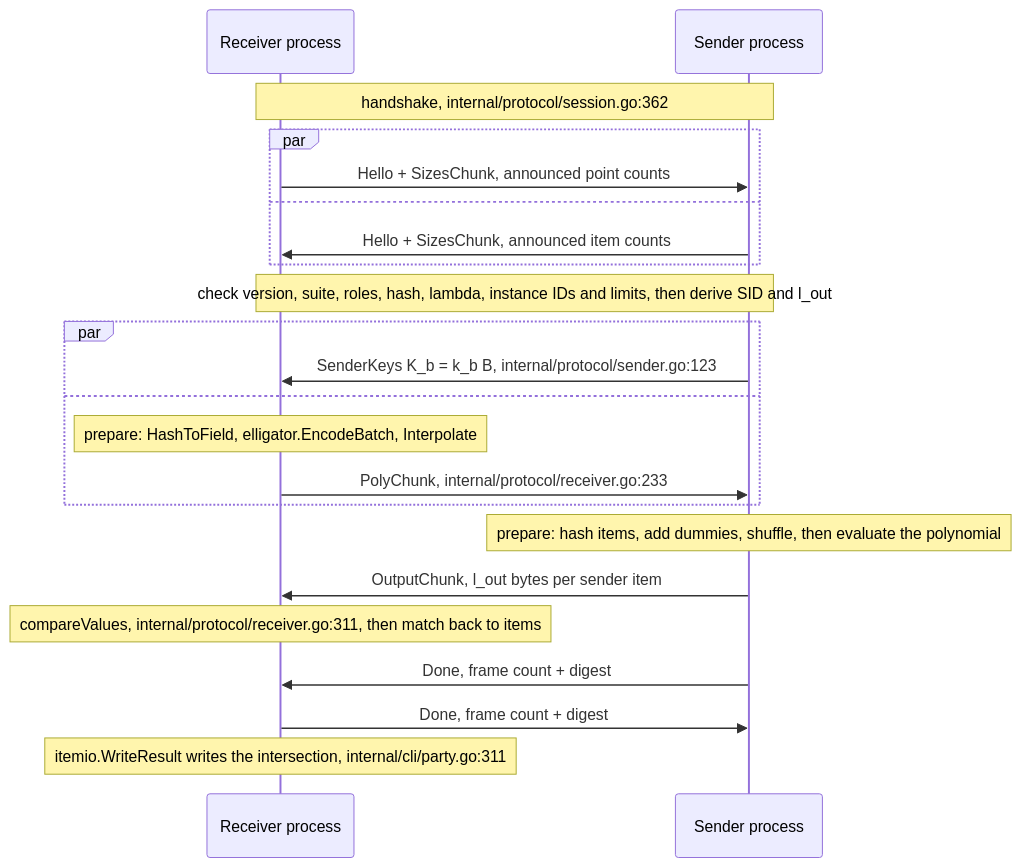
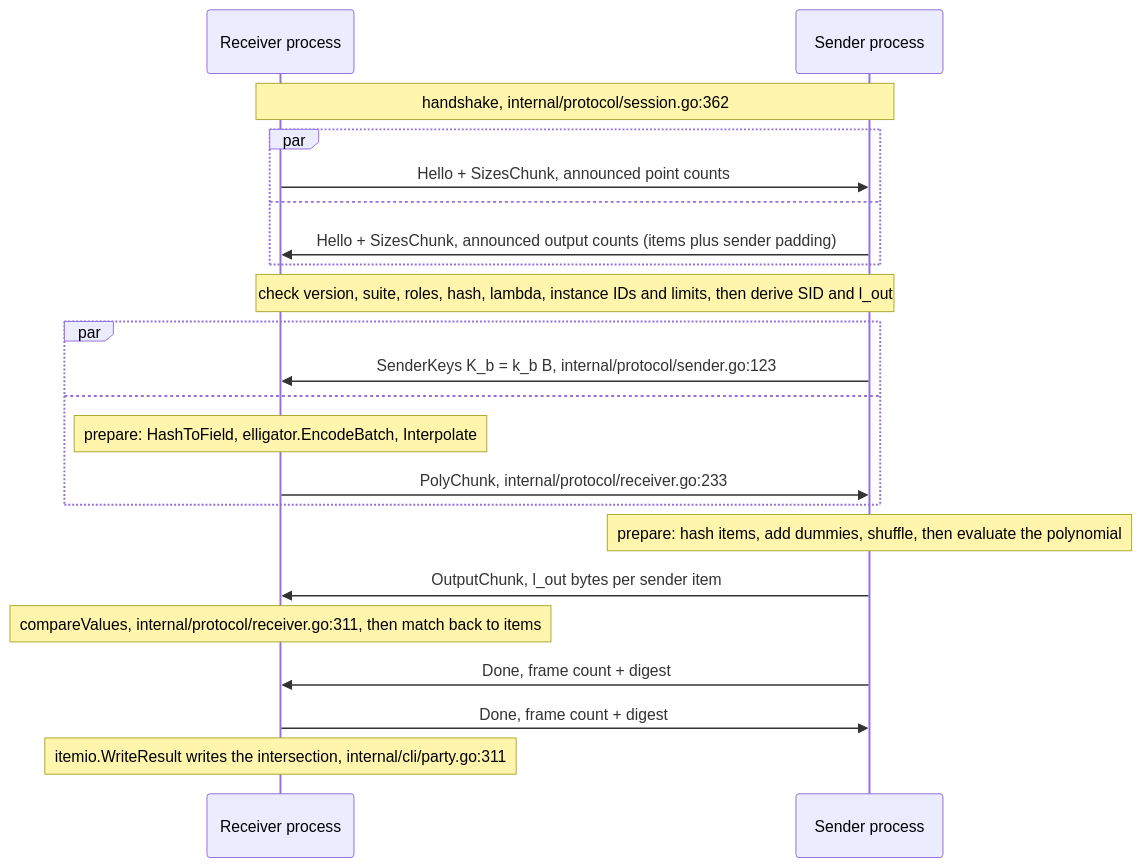
One commit to XSpring/minipsi-relay changed the second of 2 diagrams in docs/SUMMARY.md. Above: the diagram before and after it, drawn with Mermaid. The commit also changed other lines of this file and 3 other files, not shown here.

First line of the commit message:
docs(analysis): fix errors from the entry point and call graph review

````diff
--- a/docs/SUMMARY.md
+++ b/docs/SUMMARY.md
@@ -126,24 +128,24 @@
 ```mermaid
 sequenceDiagram
     participant R as Receiver process
     participant S as Sender process
     Note over R,S: handshake, internal/protocol/session.go:362
     par
         R->>S: Hello + SizesChunk, announced point counts
     and
-        S->>R: Hello + SizesChunk, announced item counts
+        S->>R: Hello + SizesChunk, announced output counts (items plus sender padding)
     end
     Note over R,S: check version, suite, roles, hash, lambda, instance IDs and limits, then derive SID and l_out
     par
         S->>R: SenderKeys K_b = k_b B, internal/protocol/sender.go:123
     and
         Note over R: prepare: HashToField, elligator.EncodeBatch, Interpolate
         R->>S: PolyChunk, internal/protocol/receiver.go:233
     end
     Note over S: prepare: hash items, add dummies, shuffle, then evaluate the polynomial
     S->>R: OutputChunk, l_out bytes per sender item
     Note over R: compareValues, internal/protocol/receiver.go:311, then match back to items
     S->>R: Done, frame count + digest
     R->>S: Done, frame count + digest
     Note over R: itemio.WriteResult writes the intersection, internal/cli/party.go:311
 ```
````
